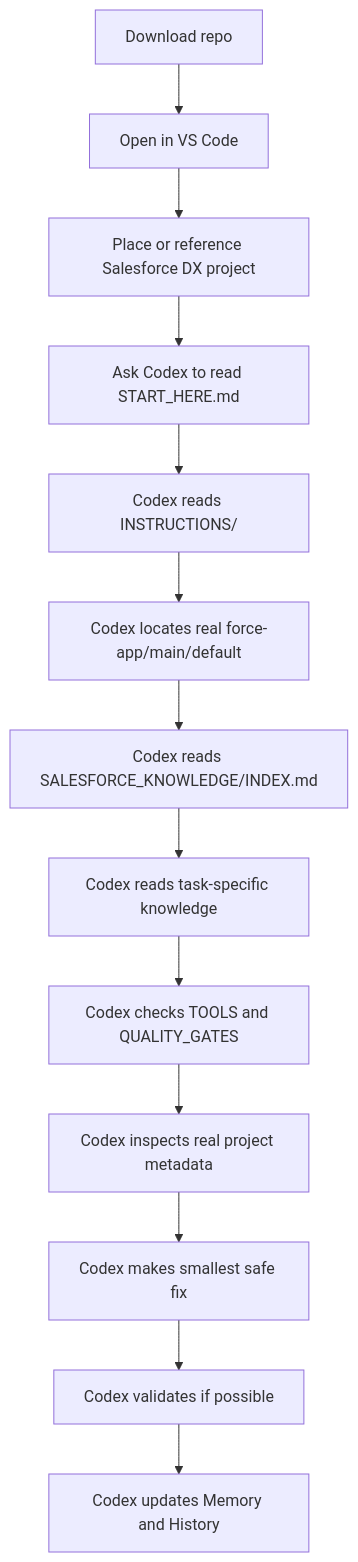
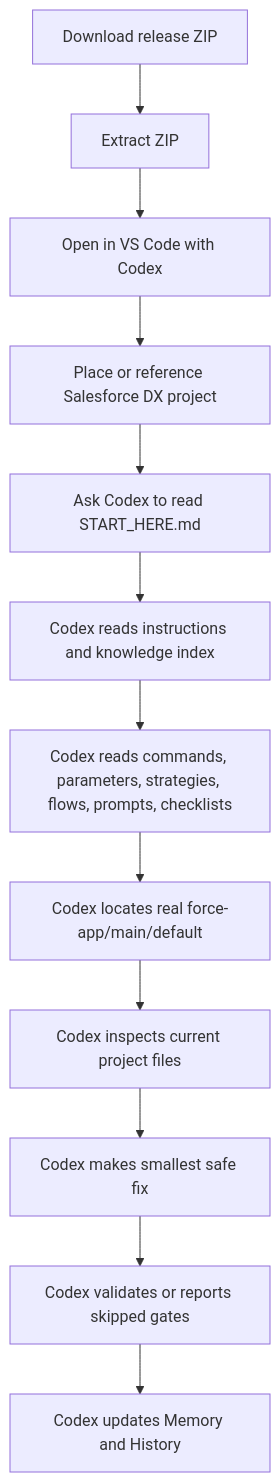
Before and after one commit to swayerloren/salesforce-coding: the diagram in WIKI_DRAFTS/Home.md, drawn with Mermaid. The commit also changed other lines of this file and 131 other files, not shown here.

Commit message:
Improve Salesforce Codex knowledge base from reference audit

````diff
--- a/WIKI_DRAFTS/Home.md
+++ b/WIKI_DRAFTS/Home.md
@@ -24,15 +36,14 @@
 ```mermaid
 flowchart TD
-  A[Download repo] --> B[Open in VS Code]
-  B --> C[Place or reference Salesforce DX project]
-  C --> D[Ask Codex to read START_HERE.md]
-  D --> E[Codex reads INSTRUCTIONS/]
-  E --> F[Codex locates real force-app/main/default]
-  F --> G[Codex reads SALESFORCE_KNOWLEDGE/INDEX.md]
-  G --> H[Codex reads task-specific knowledge]
-  H --> I[Codex checks TOOLS and QUALITY_GATES]
-  I --> J[Codex inspects real project metadata]
-  J --> K[Codex makes smallest safe fix]
-  K --> L[Codex validates if possible]
-  L --> M[Codex updates Memory and History]
+  A[Download release ZIP] --> B[Extract ZIP]
+  B --> C[Open in VS Code with Codex]
+  C --> D[Place or reference Salesforce DX project]
+  D --> E[Ask Codex to read START_HERE.md]
+  E --> F[Codex reads instructions and knowledge index]
+  F --> G[Codex reads commands, parameters, strategies, flows, prompts, checklists]
+  G --> H[Codex locates real force-app/main/default]
+  H --> I[Codex inspects current project files]
+  I --> J[Codex makes smallest safe fix]
+  J --> K[Codex validates or reports skipped gates]
+  K --> L[Codex updates Memory and History]
 ```
````
